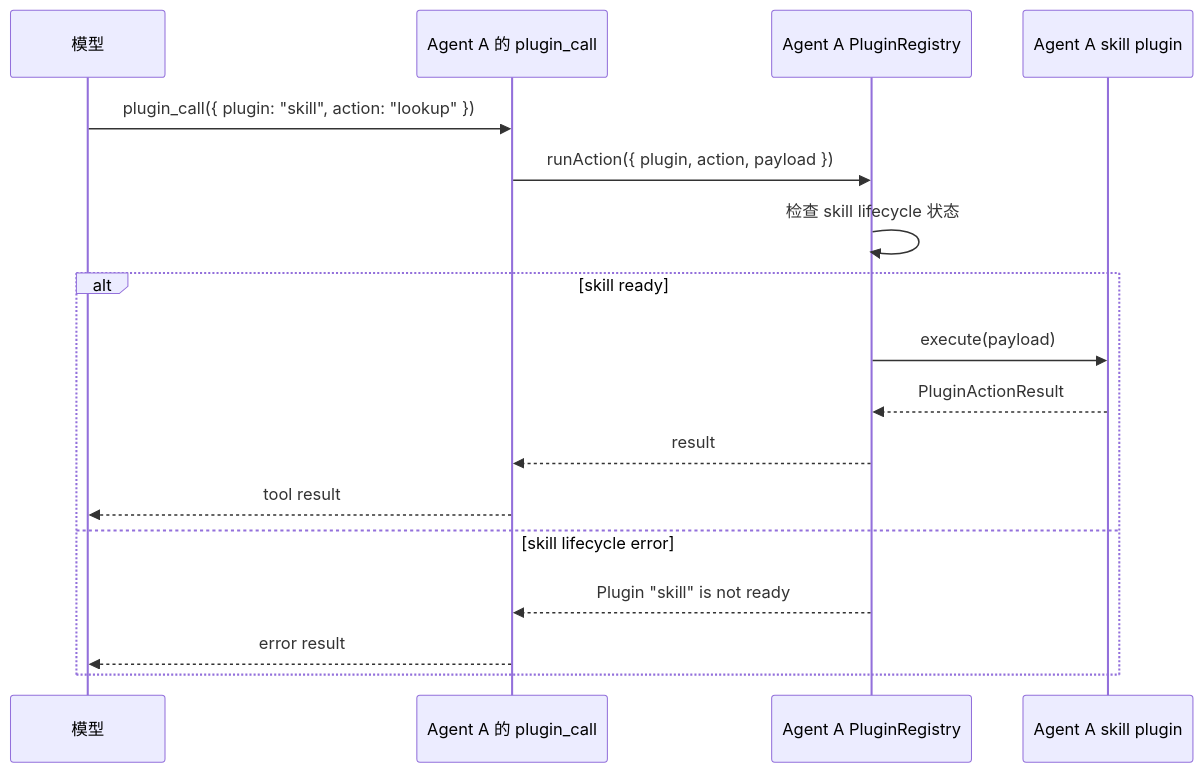
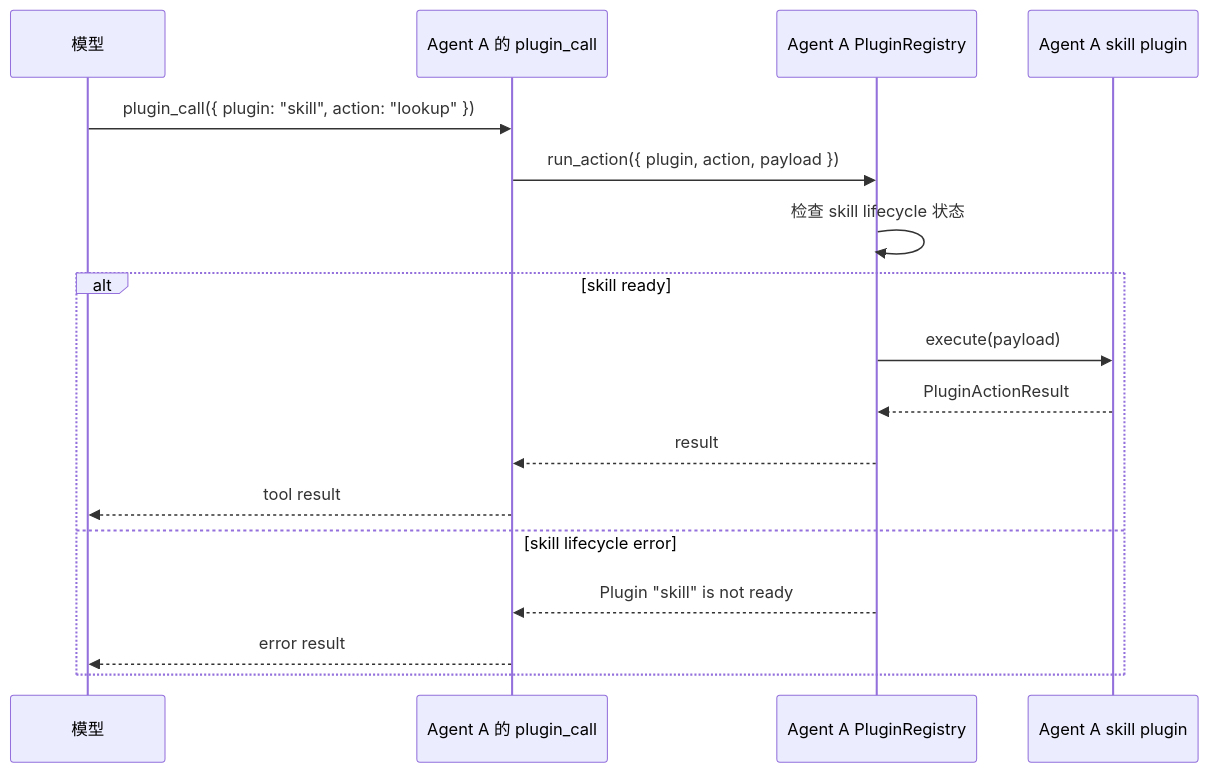
The sixth of 10 diagrams in docs/agent-plugin-runtime-redesign-prd.md (genesiscosmos/downcity), drawn with Mermaid before and after one commit. The commit also changed other lines of this file and 107 other files, not shown here.

````diff
--- a/docs/agent-plugin-runtime-redesign-prd.md
+++ b/docs/agent-plugin-runtime-redesign-prd.md
@@ -381,20 +381,20 @@
 ```mermaid
 sequenceDiagram
   participant Model as 模型
   participant ToolA as Agent A 的 plugin_call
   participant RegistryA as Agent A PluginRegistry
   participant SkillA as Agent A skill plugin
 
   Model->>ToolA: plugin_call({ plugin: "skill", action: "lookup" })
-  ToolA->>RegistryA: runAction({ plugin, action, payload })
+  ToolA->>RegistryA: run_action({ plugin, action, payload })
   RegistryA->>RegistryA: 检查 skill lifecycle 状态
   alt skill ready
     RegistryA->>SkillA: execute(payload)
     SkillA-->>RegistryA: PluginActionResult
     RegistryA-->>ToolA: result
     ToolA-->>Model: tool result
   else skill lifecycle error
     RegistryA-->>ToolA: Plugin "skill" is not ready
     ToolA-->>Model: error result
   end
 ```
````
